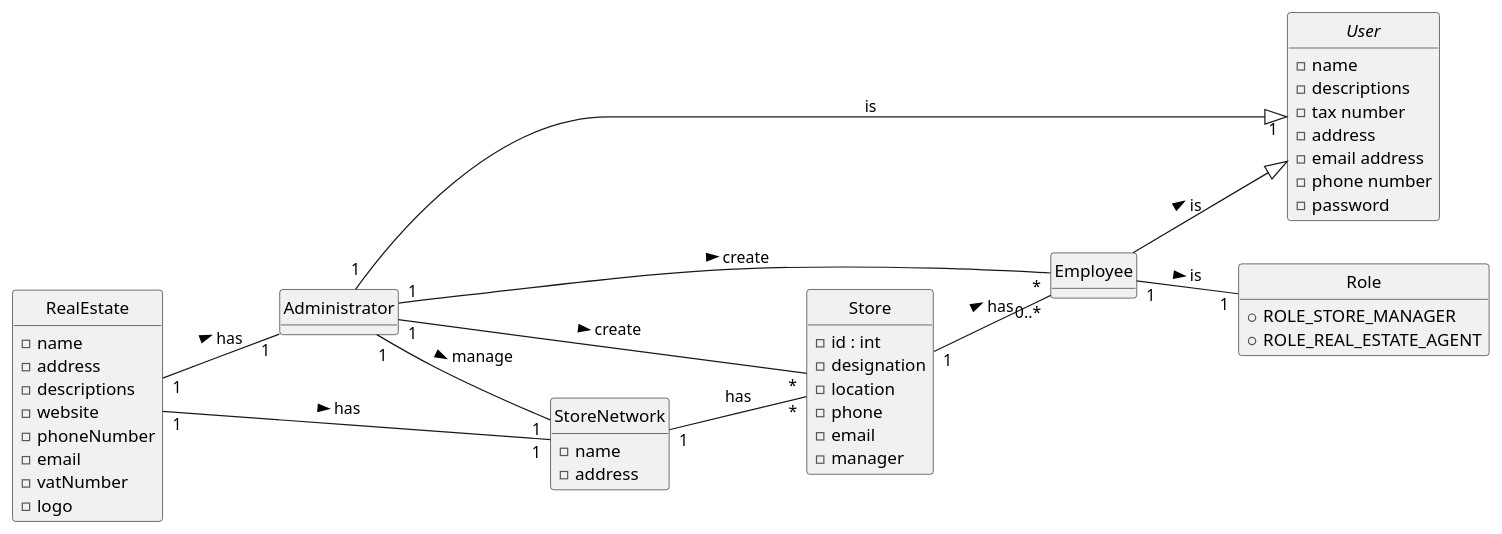
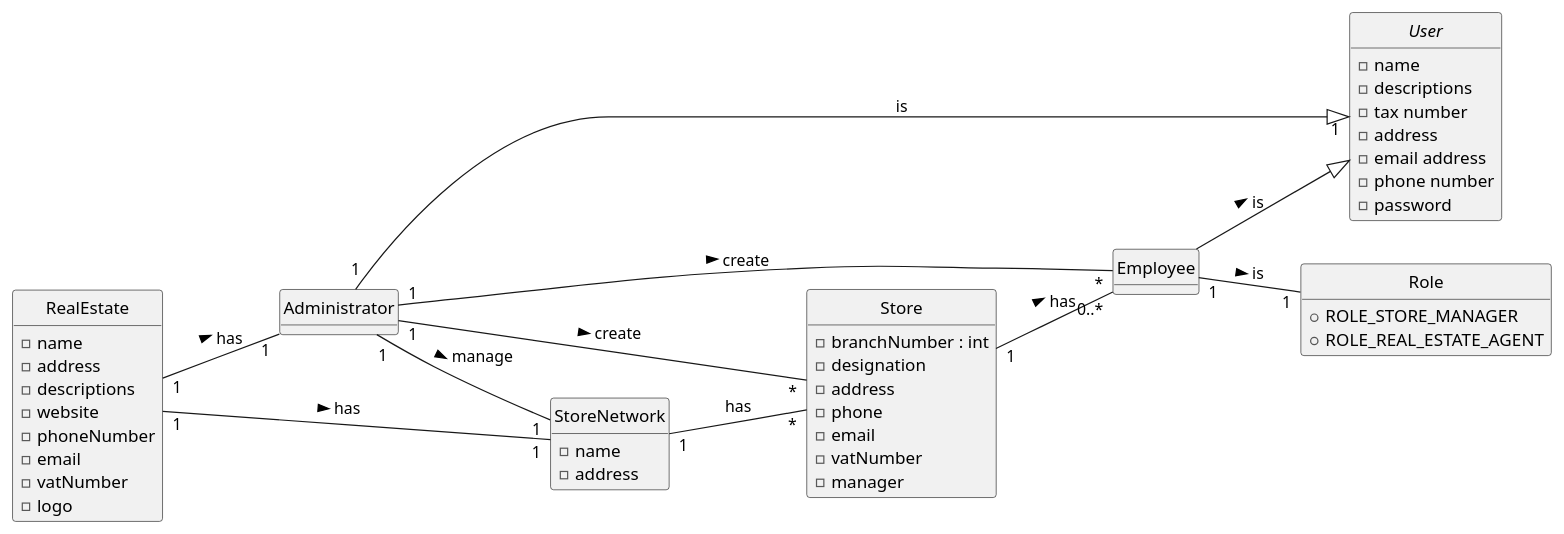
The diagram in lei-22-s2-1do-g68/docs/SprintB/us005/02.analysis/puml/us005-DomainModel.puml (hugosilva2901/lei-22-s2-1DO-g68), drawn with PlantUML before and after one commit. The commit also changed 14 other files, not shown here.

Commit message:
US005 - small fixes on Sequence Diagram

```diff
--- a/lei-22-s2-1do-g68/docs/SprintB/us005/02.analysis/puml/us005-DomainModel.puml
+++ b/lei-22-s2-1do-g68/docs/SprintB/us005/02.analysis/puml/us005-DomainModel.puml
@@ -1,65 +1,66 @@
 @startuml
 skinparam monochrome true
 skinparam packageStyle rectangle
 skinparam shadowing false
 
 left to right direction
 
 
 hide circle
 hide methods
 
 class RealEstate{
    - name
    - address
    - descriptions
    - website
    - phoneNumber
    - email
    - vatNumber
    - logo
 
 }
 abstract class User{
    - name
    - descriptions
   -  tax number
   -  address
   -  email address
   -  phone number
   -  password
 }
 class StoreNetwork{
     - name
     - address
 }
 
 class Store {
-    - id : int
+    - branchNumber : int
     - designation
-    - location
+    - address
     - phone
     - email
+    - vatNumber
     - manager
 }
 class Administrator{
 }
 
 class Employee {
 }
 enum Role{
     + ROLE_STORE_MANAGER
     + ROLE_REAL_ESTATE_AGENT
 }
 StoreNetwork "1"--"*" Store : has
 Store "1"--"0..*" Employee : has  >
 Employee "1"--"1" Role : is >
 Employee --|> User : is >
 
 RealEstate "1"--"1" Administrator:has >
 RealEstate "1"--"1" StoreNetwork :has >
 Administrator "1"--"*" Store : create >
 Administrator "1"--"1" StoreNetwork : manage >
 Administrator "1"-|>"1" User : is
 Administrator "1"--"*" Employee : create >
 @enduml
```
